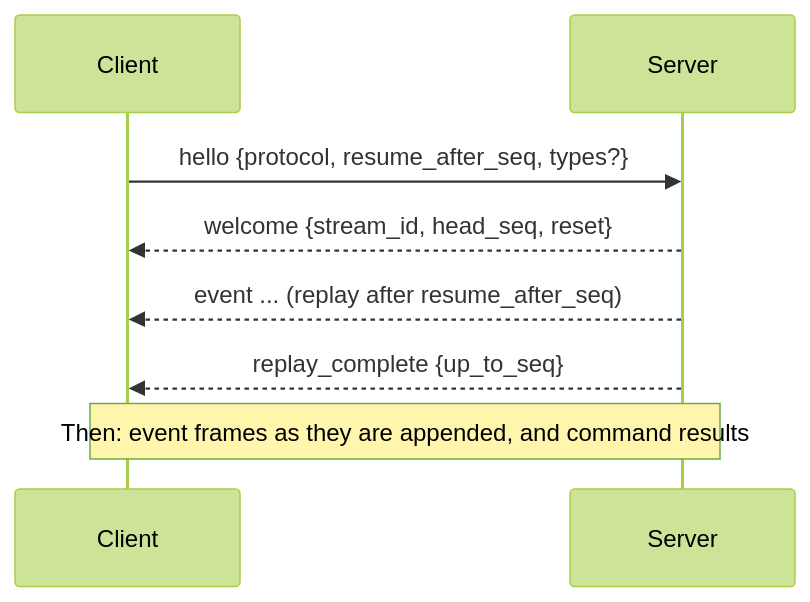
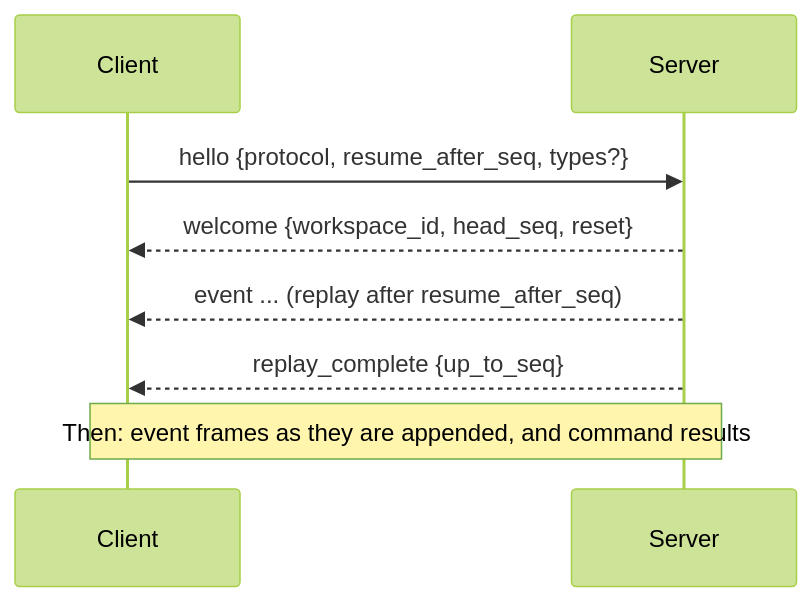
The diagram in packages/reflexr/docs/protocol.md (alexnodeland/lattice), drawn with Mermaid (forest theme) before and after one commit. The commit also changed other lines of this file and 8 other files, not shown here.

````diff
--- a/packages/reflexr/docs/protocol.md
+++ b/packages/reflexr/docs/protocol.md
@@ -49,10 +49,10 @@
 ```mermaid
 sequenceDiagram
     participant C as Client
     participant S as Server
     C->>S: hello {protocol, resume_after_seq, types?}
-    S-->>C: welcome {stream_id, head_seq, reset}
+    S-->>C: welcome {workspace_id, head_seq, reset}
     S-->>C: event ... (replay after resume_after_seq)
     S-->>C: replay_complete {up_to_seq}
     Note over C,S: Then: event frames as they are appended, and command results
 ```
````
